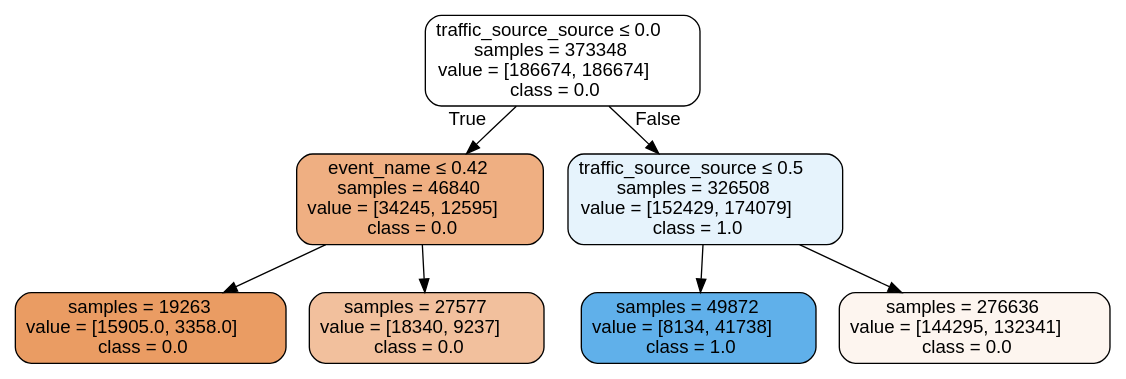
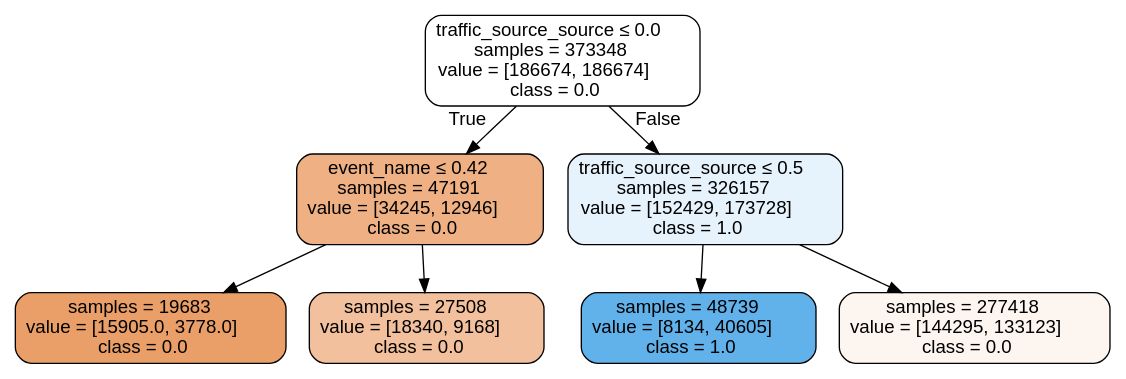
Before and after one commit to jvanalytics/ist_dash_2024_rec: the diagram in notebooks/google_merch_store/images/Google Merch Shop_dt_precision_best_tree.dot, drawn with Graphviz. The commit also changed 72 other files, not shown here.

```diff
--- a/notebooks/google_merch_store/images/Google Merch Shop_dt_precision_best_tree.dot
+++ b/notebooks/google_merch_store/images/Google Merch Shop_dt_precision_best_tree.dot
@@ -1,17 +1,17 @@
 digraph Tree {
 node [shape=box, style="filled, rounded", color="black", fontname="helvetica"] ;
 edge [fontname="helvetica"] ;
 0 [label=<traffic_source_source &le; 0.0<br/>samples = 373348<br/>value = [186674, 186674]<br/>class = 0.0>, fillcolor="#ffffff"] ;
-1 [label=<event_name &le; 0.42<br/>samples = 46840<br/>value = [34245, 12595]<br/>class = 0.0>, fillcolor="#efaf82"] ;
+1 [label=<event_name &le; 0.42<br/>samples = 47191<br/>value = [34245, 12946]<br/>class = 0.0>, fillcolor="#efb184"] ;
 0 -> 1 [labeldistance=2.5, labelangle=45, headlabel="True"] ;
-2 [label=<samples = 19263<br/>value = [15905.0, 3358.0]<br/>class = 0.0>, fillcolor="#ea9c63"] ;
+2 [label=<samples = 19683<br/>value = [15905.0, 3778.0]<br/>class = 0.0>, fillcolor="#eb9f68"] ;
 1 -> 2 ;
-3 [label=<samples = 27577<br/>value = [18340, 9237]<br/>class = 0.0>, fillcolor="#f2c09d"] ;
+3 [label=<samples = 27508<br/>value = [18340, 9168]<br/>class = 0.0>, fillcolor="#f2c09c"] ;
 1 -> 3 ;
-4 [label=<traffic_source_source &le; 0.5<br/>samples = 326508<br/>value = [152429, 174079]<br/>class = 1.0>, fillcolor="#e6f3fc"] ;
+4 [label=<traffic_source_source &le; 0.5<br/>samples = 326157<br/>value = [152429, 173728]<br/>class = 1.0>, fillcolor="#e7f3fc"] ;
 0 -> 4 [labeldistance=2.5, labelangle=-45, headlabel="False"] ;
-5 [label=<samples = 49872<br/>value = [8134, 41738]<br/>class = 1.0>, fillcolor="#60b0ea"] ;
+5 [label=<samples = 48739<br/>value = [8134, 40605]<br/>class = 1.0>, fillcolor="#61b1ea"] ;
 4 -> 5 ;
-6 [label=<samples = 276636<br/>value = [144295, 132341]<br/>class = 0.0>, fillcolor="#fdf5ef"] ;
+6 [label=<samples = 277418<br/>value = [144295, 133123]<br/>class = 0.0>, fillcolor="#fdf5f0"] ;
 4 -> 6 ;
 }
```
